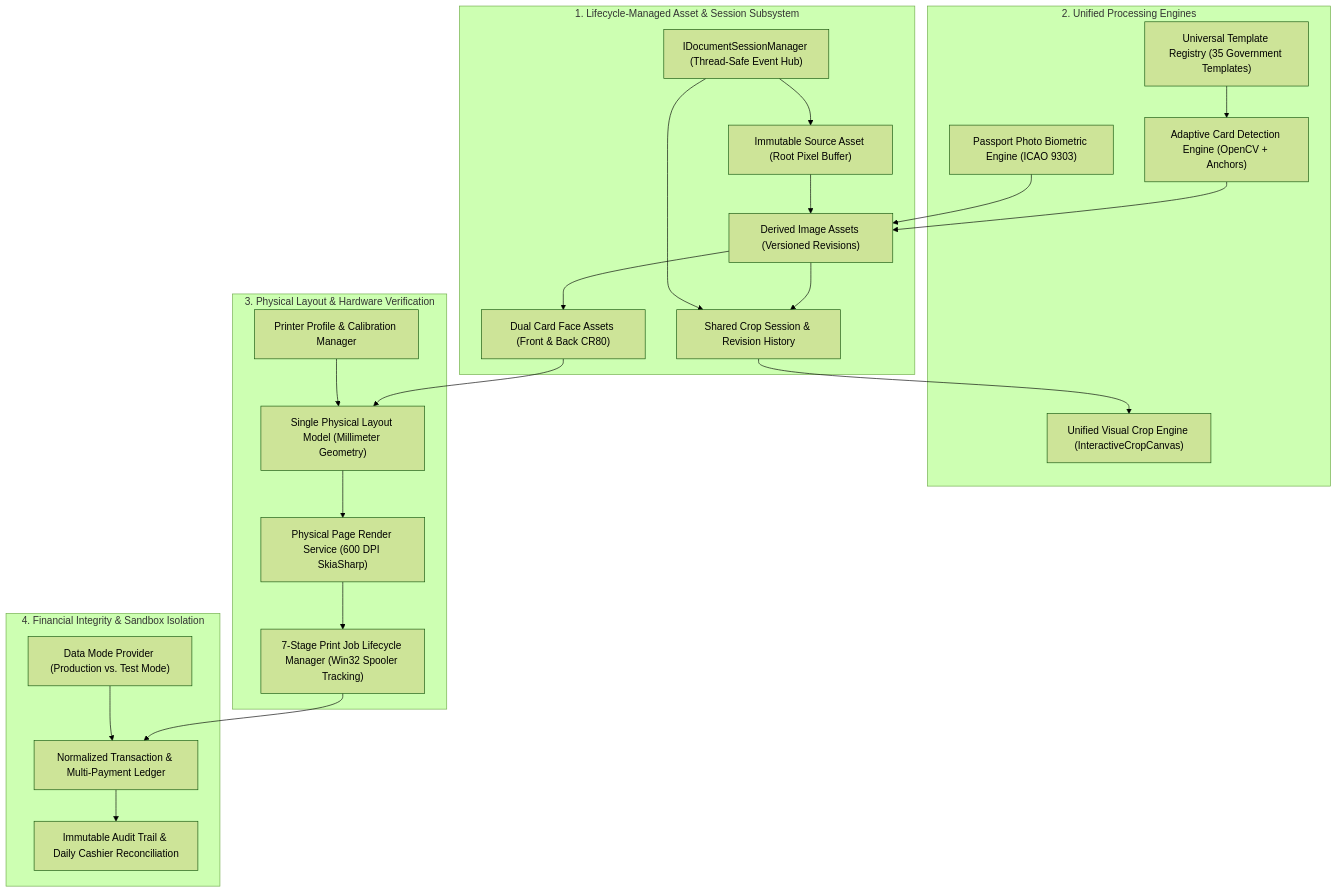
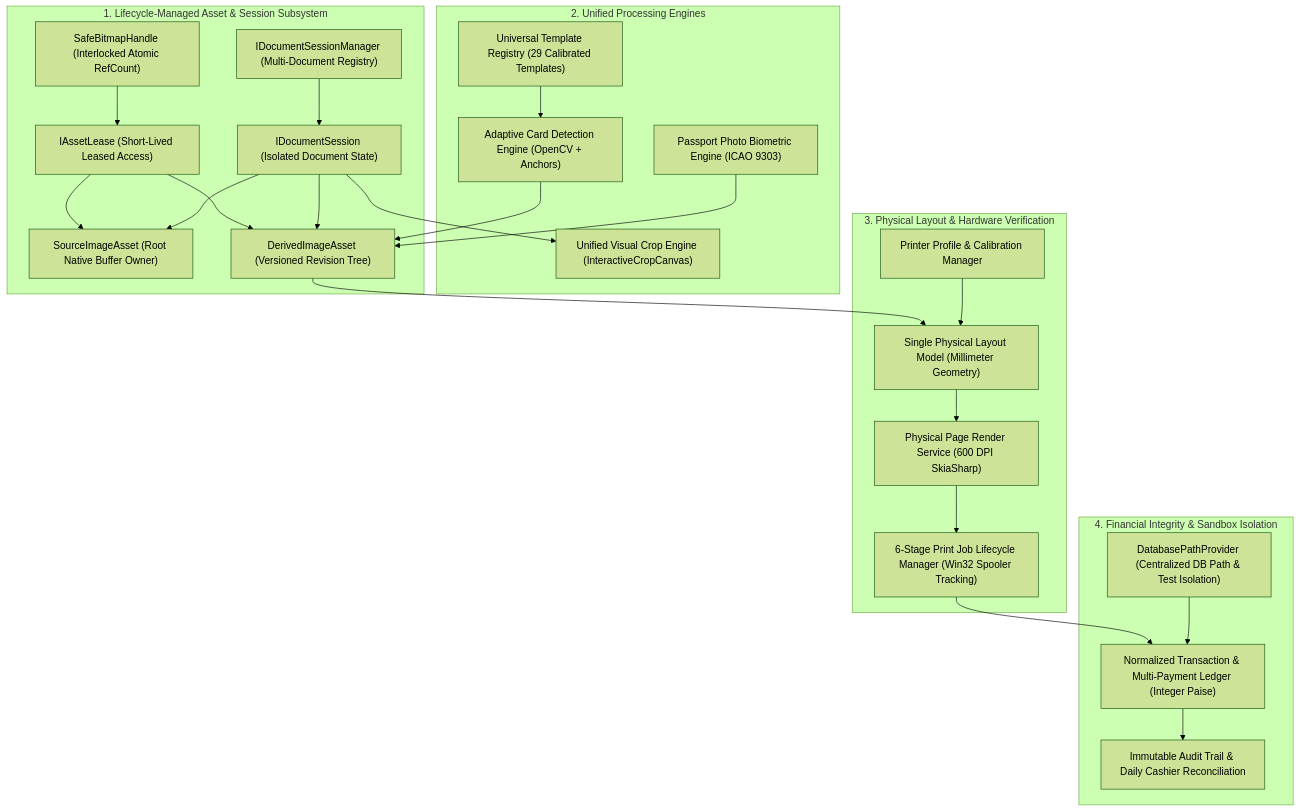
One commit to vicky105285-collab/pvc-studio-pro changed the first of 4 diagrams in docs/UNIFIED_ARCHITECTURE_PROPOSAL.md. Above: the diagram before and after it, drawn with Mermaid (forest theme). The commit also changed other lines of this file and 7 other files, not shown here.

Commit message:
docs(phase-0.2): final architecture validation, multi-doc session, asset lease contract and integer-paise ledger

````diff
--- a/docs/UNIFIED_ARCHITECTURE_PROPOSAL.md
+++ b/docs/UNIFIED_ARCHITECTURE_PROPOSAL.md
@@ -14,50 +13,52 @@
 ```mermaid
 graph TD
     subgraph Asset_And_Session_Core["1. Lifecycle-Managed Asset & Session Subsystem"]
-        ISA["Immutable Source Asset (Root Pixel Buffer)"]
-        DA["Derived Image Assets (Versioned Revisions)"]
-        FBA["Dual Card Face Assets (Front & Back CR80)"]
-        SCS["Shared Crop Session & Revision History"]
-        DSM["IDocumentSessionManager (Thread-Safe Event Hub)"]
+        SBH["SafeBitmapHandle (Interlocked Atomic RefCount)"]
+        AL["IAssetLease<SKBitmap> (Short-Lived Leased Access)"]
+        ISA["SourceImageAsset (Root Native Buffer Owner)"]
+        DA["DerivedImageAsset (Versioned Revision Tree)"]
+        DSM["IDocumentSessionManager (Multi-Document Registry)"]
+        DS["IDocumentSession (Isolated Document State)"]
     end
 
     subgraph Processing_Engines["2. Unified Processing Engines"]
         UCE["Unified Visual Crop Engine (InteractiveCropCanvas)"]
-        TR["Universal Template Registry (35 Government Templates)"]
+        TR["Universal Template Registry (29 Calibrated Templates)"]
         ACD["Adaptive Card Detection Engine (OpenCV + Anchors)"]
         PPE["Passport Photo Biometric Engine (ICAO 9303)"]
     end
 
     subgraph Physical_Print_Pipeline["3. Physical Layout & Hardware Verification"]
         SPLM["Single Physical Layout Model (Millimeter Geometry)"]
         PPRS["Physical Page Render Service (600 DPI SkiaSharp)"]
-        PJLM["7-Stage Print Job Lifecycle Manager (Win32 Spooler Tracking)"]
+        PJLM["6-Stage Print Job Lifecycle Manager (Win32 Spooler Tracking)"]
         PPM["Printer Profile & Calibration Manager"]
     end
 
     subgraph Accounting_And_Isolation["4. Financial Integrity & Sandbox Isolation"]
-        DMP["Data Mode Provider (Production vs. Test Mode)"]
-        TLM["Normalized Transaction & Multi-Payment Ledger"]
+        DPP["DatabasePathProvider (Centralized DB Path & Test Isolation)"]
+        TLM["Normalized Transaction & Multi-Payment Ledger (Integer Paise)"]
         AUDIT["Immutable Audit Trail & Daily Cashier Reconciliation"]
     end
 
-    ISA --> DA
-    DA --> FBA
-    DA --> SCS
-    DSM --> ISA
-    DSM --> SCS
+    SBH --> AL
+    AL --> ISA
+    AL --> DA
+    DSM --> DS
+    DS --> ISA
+    DS --> DA
 
-    SCS --> UCE
+    DS --> UCE
     TR --> ACD
     ACD --> DA
     PPE --> DA
 
-    FBA --> SPLM
+    DA --> SPLM
     SPLM --> PPRS
     PPM --> SPLM
     PPRS --> PJLM
 
     PJLM --> TLM
-    DMP --> TLM
+    DPP --> TLM
     TLM --> AUDIT
 ```
````
